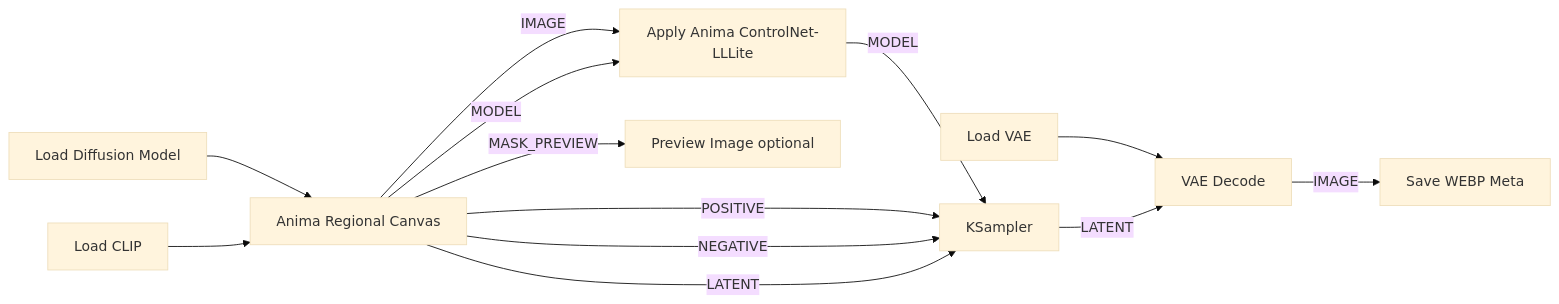
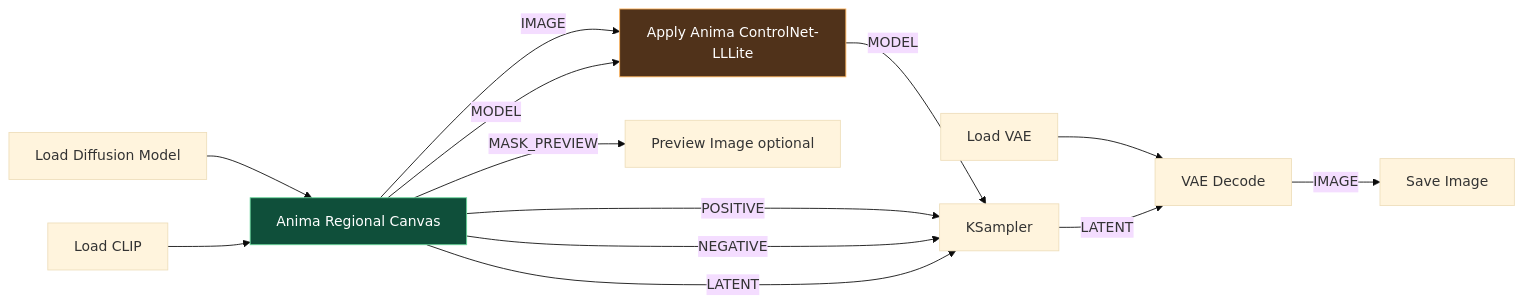
One commit to ukr8b3g-cmyk/Anima_Regional_Canvas changed the first of 2 diagrams in README.md. Above: the diagram before and after it, drawn with Mermaid (base theme). The commit also changed other lines of this file, not shown here.

Commit message:
Update README connection chart styling

````diff
--- a/README.md
+++ b/README.md
@@ -168,15 +168,19 @@
 ```mermaid
 flowchart LR
   Model["Load Diffusion Model"] --> Canvas["Anima Regional Canvas"]
   Clip["Load CLIP"] --> Canvas
   VAE["Load VAE"] --> Decode["VAE Decode"]
   Canvas -- IMAGE --> LLLite["Apply Anima ControlNet-LLLite"]
   Canvas -- MODEL --> LLLite
   LLLite -- MODEL --> KSampler
   Canvas -- POSITIVE --> KSampler
   Canvas -- NEGATIVE --> KSampler
   Canvas -- LATENT --> KSampler
   KSampler -- LATENT --> Decode
-  Decode -- IMAGE --> Save["Save WEBP Meta"]
+  Decode -- IMAGE --> Save["Save Image"]
   Canvas -- MASK_PREVIEW --> Preview["Preview Image optional"]
+  classDef canvasNode fill:#0f4f3a,stroke:#69d89b,color:#ffffff
+  classDef llliteNode fill:#50321a,stroke:#ffb45c,color:#ffffff
+  class Canvas canvasNode
+  class LLLite llliteNode
 ```
````
